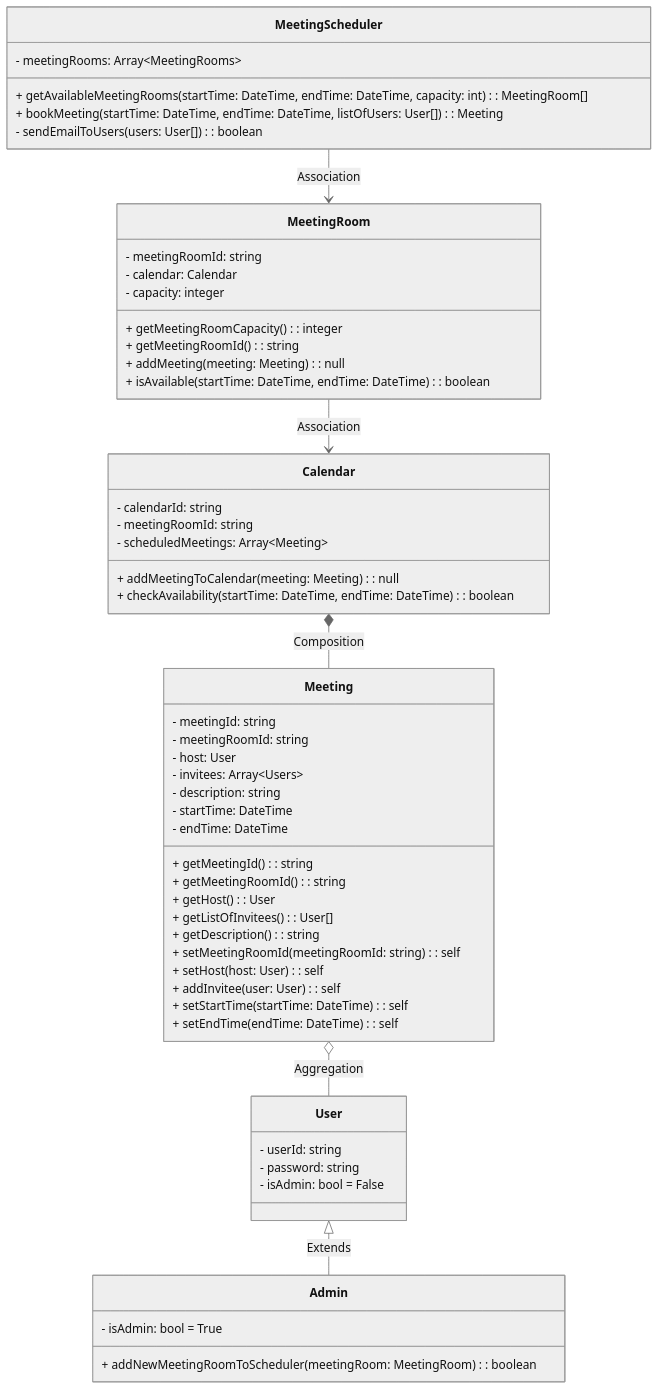
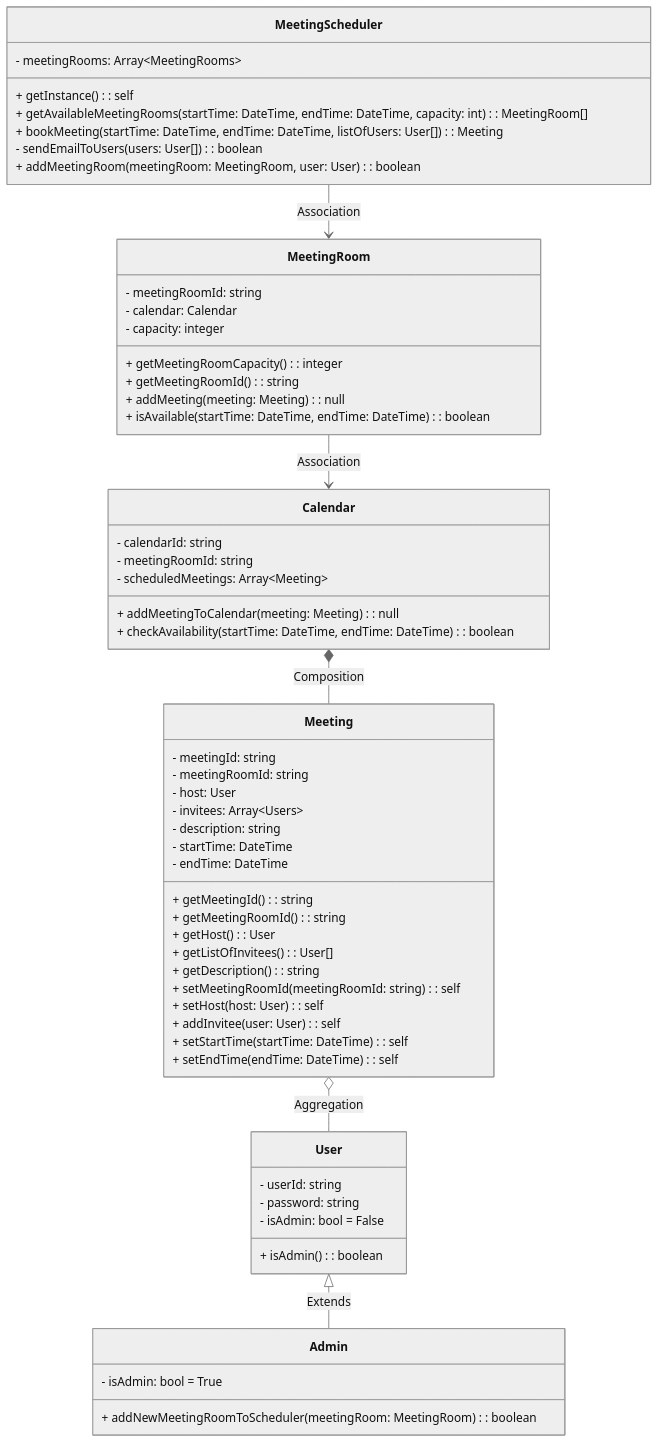
The diagram in MeetingScheduler/ReadMe.md (vinaycchndra/Python_LLDs), drawn with Mermaid (neutral theme) before and after one commit. The commit also changed 4 other files, not shown here.

````diff
--- a/MeetingScheduler/ReadMe.md
+++ b/MeetingScheduler/ReadMe.md
@@ -38,68 +38,71 @@
 ```mermaid
 classDiagram
     class MeetingScheduler{
     - meetingRooms: Array~MeetingRooms~
+    + getInstance(): self
     + getAvailableMeetingRooms(startTime: DateTime, endTime: DateTime, capacity: int): MeetingRoom[]
     + bookMeeting(startTime: DateTime, endTime: DateTime, listOfUsers: User[]): Meeting
     - sendEmailToUsers(users: User[]): boolean
+    + addMeetingRoom(meetingRoom: MeetingRoom, user: User): boolean
     }
 
     MeetingScheduler --> MeetingRoom: Association 
 
 
     class MeetingRoom{
         - meetingRoomId: string
         - calendar: Calendar
         - capacity: integer
         + getMeetingRoomCapacity(): integer
         + getMeetingRoomId(): string
         + addMeeting(meeting: Meeting): null
         + isAvailable(startTime: DateTime, endTime: DateTime): boolean
     }
 
     class Calendar{
         - calendarId: string
         - meetingRoomId: string
         - scheduledMeetings: Array~Meeting~
         + addMeetingToCalendar(meeting: Meeting): null
         + checkAvailability(startTime: DateTime, endTime: DateTime): boolean
     }
     
     MeetingRoom --> Calendar: Association
     Calendar *-- Meeting: Composition
     
     class User{
         - userId: string
         - password: string
         - isAdmin: bool = False
+        + isAdmin(): boolean
     }
 
     User <|-- Admin: Extends
     
     class Admin{
         - isAdmin: bool = True
         + addNewMeetingRoomToScheduler(meetingRoom: MeetingRoom): boolean
     }
 
     class Meeting{
         - meetingId: string
         - meetingRoomId: string
         - host: User
         - invitees: Array~Users~
         - description: string
         - startTime: DateTime
         - endTime: DateTime
         + getMeetingId(): string
         + getMeetingRoomId(): string
         + getHost(): User
         + getListOfInvitees(): User[]
         + getDescription(): string
         + setMeetingRoomId(meetingRoomId: string): self
         + setHost(host: User): self
         + addInvitee(user: User): self
         + setStartTime(startTime: DateTime): self
         + setEndTime(endTime: DateTime): self
     }
 
     Meeting o-- User: Aggregation
 ```
````
